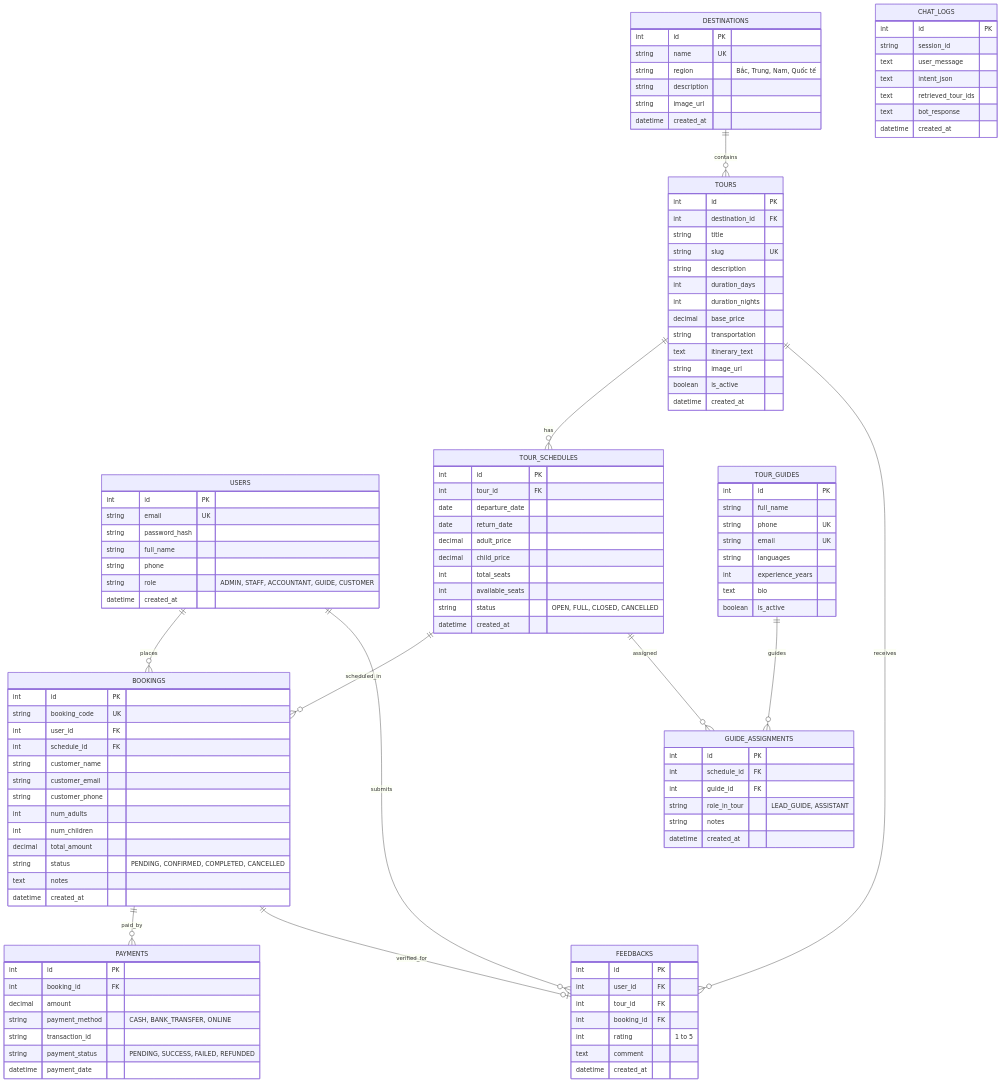
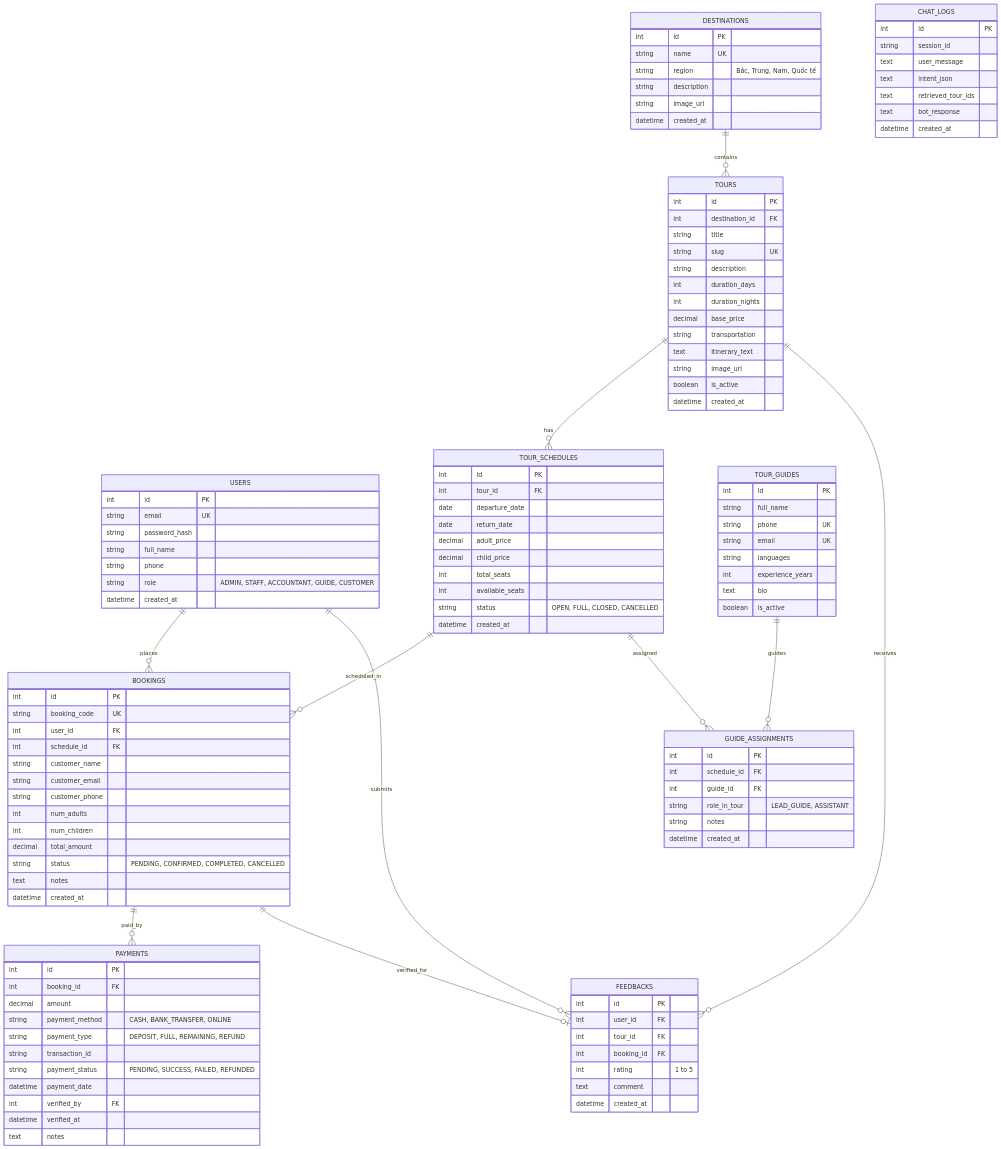
One commit to dtc245220010ictu/Tour_AI changed the sixth of 6 diagrams in docs/uml-diagrams.md. Above: the diagram before and after it, drawn with Mermaid. The commit also changed other lines of this file and 24 other files, not shown here.

```diff
--- a/docs/uml-diagrams.md
+++ b/docs/uml-diagrams.md
@@ -434,9 +466,13 @@
         int booking_id FK
         decimal amount
         string payment_method "CASH, BANK_TRANSFER, ONLINE"
+        string payment_type "DEPOSIT, FULL, REMAINING, REFUND"
         string transaction_id
         string payment_status "PENDING, SUCCESS, FAILED, REFUNDED"
         datetime payment_date
+        int verified_by FK
+        datetime verified_at
+        text notes
     }
 
     TOUR_GUIDES {
```
